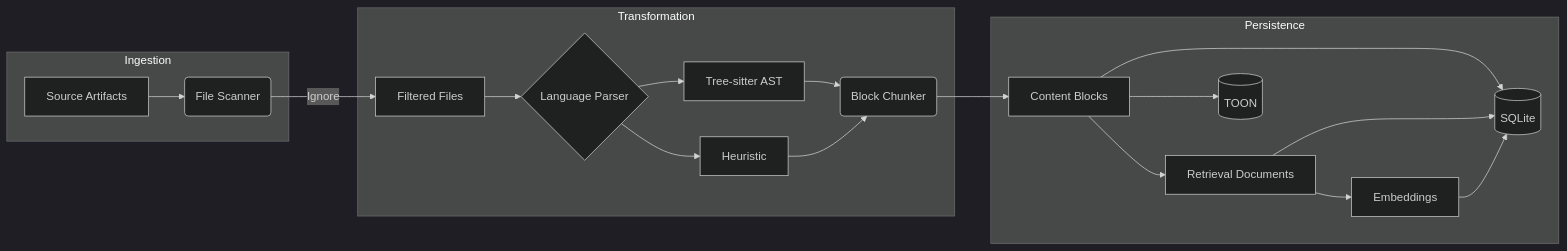
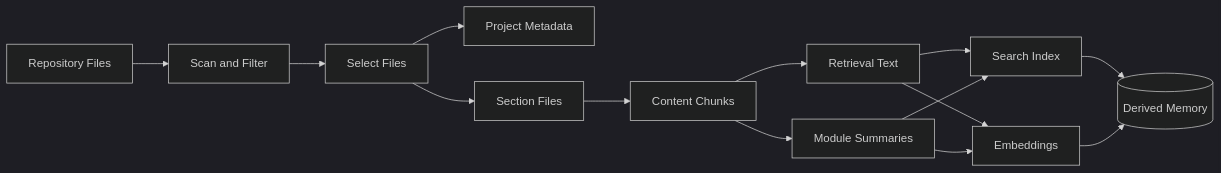
One commit to konteks/cli changed the diagram in docs/core-concepts/extraction.md. Above: the diagram before and after it, drawn with Mermaid (dark theme). The commit also changed other lines of this file and 3 other files, not shown here.

````diff
--- a/docs/core-concepts/extraction.md
+++ b/docs/core-concepts/extraction.md
@@ -5,26 +7,16 @@
 ```mermaid
 graph LR
-    subgraph Ingestion
-    Source[Source Artifacts] --> Scanner(File Scanner)
-    end
-
-    Scanner -- "Ignore" --> Filtered[Filtered Files]
-    
-    subgraph Transformation
-    Filtered --> Parser{Language Parser}
-    Parser --> TS[Tree-sitter AST]
-    Parser --> H[Heuristic]
-    TS & H --> Chunker(Block Chunker)
-    end
-
-    Chunker --> Blocks[Content Blocks]
-    
-    subgraph Persistence
-    Blocks --> Retrieval[Retrieval Documents]
-    Retrieval --> Embeddings[Embeddings]
-    Blocks --> SQLite[(SQLite)]
-    Retrieval --> SQLite
-    Embeddings --> SQLite
-    Blocks --> TOON[(TOON)]
-    end
+    Source[Repository Files] --> Scan[Scan and Filter]
+    Scan --> Select[Select Files]
+    Select --> Metadata[Project Metadata]
+    Select --> Section[Section Files]
+    Section --> Chunks[Content Chunks]
+    Chunks --> Retrieval[Retrieval Text]
+    Retrieval --> Index[Search Index]
+    Retrieval --> Embed[Embeddings]
+    Chunks --> Modules[Module Summaries]
+    Modules --> Index
+    Modules --> Embed
+    Index --> Memory[(Derived Memory)]
+    Embed --> Memory
 ```
````
